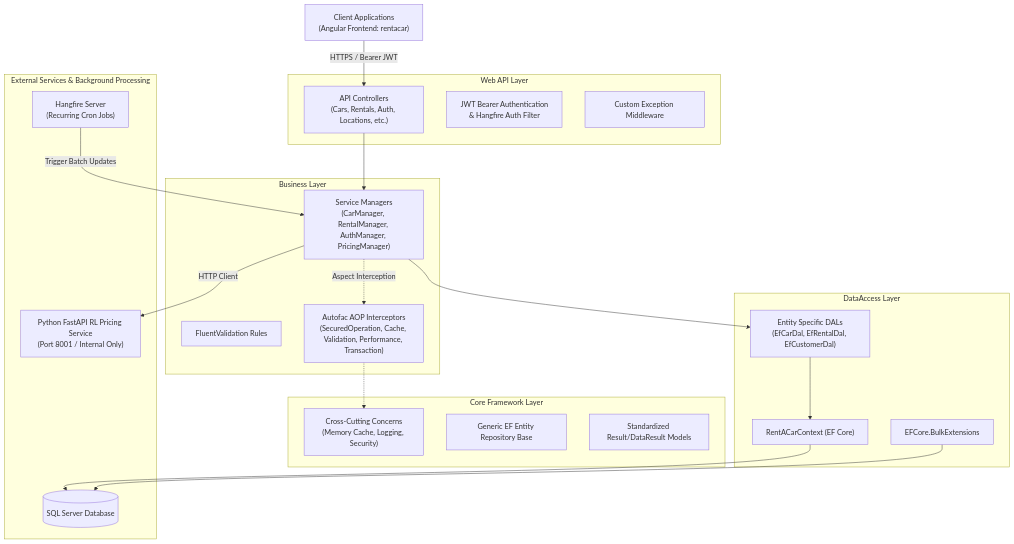
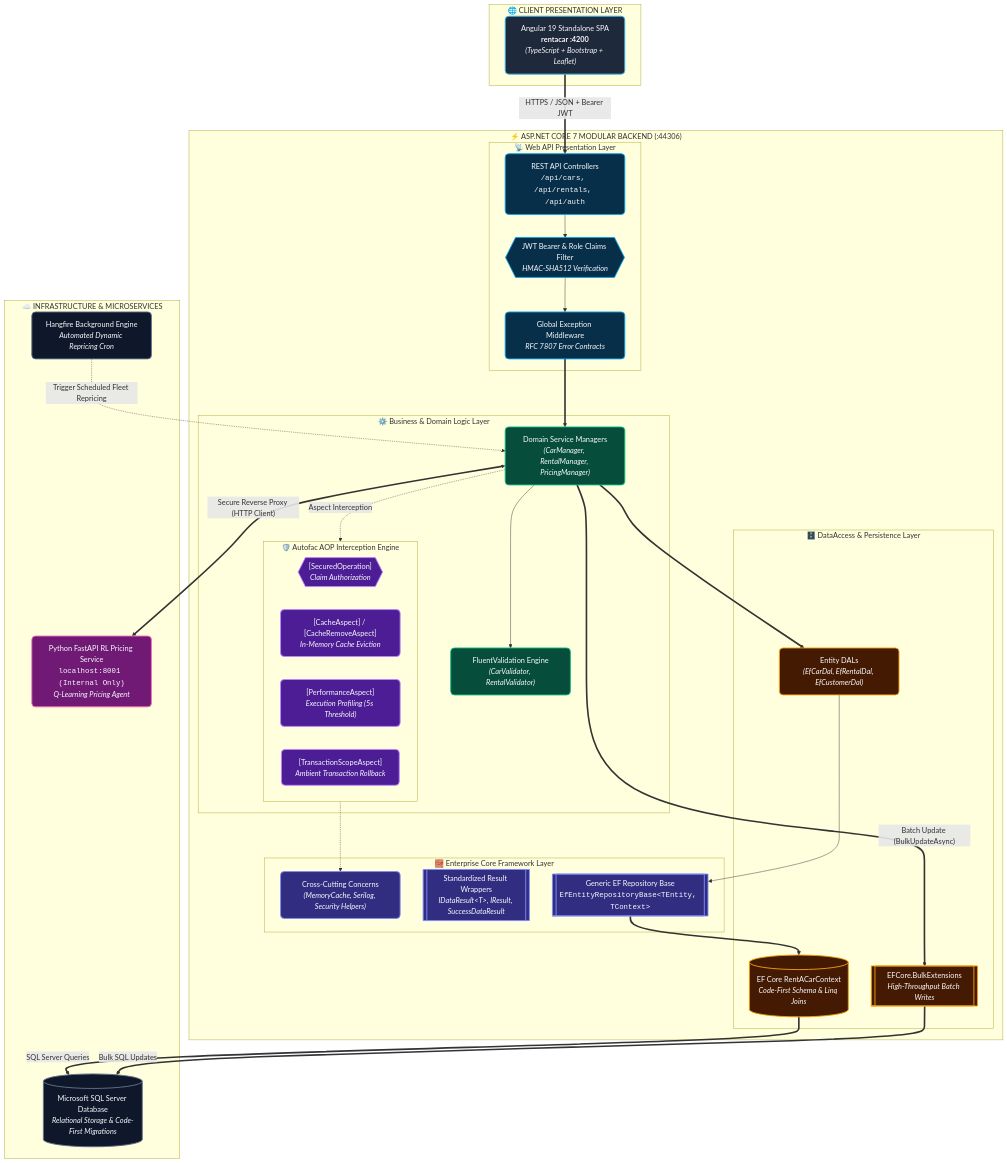
Before and after one commit to kamiltuncok/CarProject: the first of 2 diagrams in README.md, drawn with Mermaid. The commit also changed other lines of this file, not shown here.

Commit message:
readme diagram added

````diff
--- a/README.md
+++ b/README.md
@@ -21,45 +21,77 @@
 ```mermaid
-flowchart TD
-    Client["Client Applications<br/>(Angular Frontend: rentacar)"]
-    
-    subgraph WebAPI ["Web API Layer"]
-        Controllers["API Controllers<br/>(Cars, Rentals, Auth, Locations, etc.)"]
-        AuthFilter["JWT Bearer Authentication<br/>& Hangfire Auth Filter"]
-        Middleware["Custom Exception Middleware"]
-    end
-    
-    subgraph BusinessLayer ["Business Layer"]
-        Managers["Service Managers<br/>(CarManager, RentalManager, AuthManager, PricingManager)"]
-        Validation["FluentValidation Rules"]
-        AOP["Autofac AOP Interceptors<br/>(SecuredOperation, Cache, Validation, Performance, Transaction)"]
-    end
-    
-    subgraph CoreLayer ["Core Framework Layer"]
-        CrossCutting["Cross-Cutting Concerns<br/>(Memory Cache, Logging, Security)"]
-        BaseRepo["Generic EF Entity Repository Base"]
-        Results["Standardized Result/DataResult Models"]
-    end
-    
-    subgraph DataAccessLayer ["DataAccess Layer"]
-        DbContext["RentACarContext (EF Core)"]
-        DALs["Entity Specific DALs<br/>(EfCarDal, EfRentalDal, EfCustomerDal)"]
-        BulkOps["EFCore.BulkExtensions"]
+flowchart TB
+    %% ================= GLOBAL STYLES =================
+    classDef clientStyle fill:#1e293b,stroke:#38bdf8,stroke-width:2px,color:#f8fafc,rx:8,ry:8;
+    classDef apiStyle fill:#082f49,stroke:#0ea5e9,stroke-width:2px,color:#f8fafc,rx:8,ry:8;
+    classDef businessStyle fill:#064e3b,stroke:#10b981,stroke-width:2px,color:#f8fafc,rx:8,ry:8;
+    classDef aopStyle fill:#4c1d95,stroke:#c084fc,stroke-width:2px,color:#f8fafc,rx:8,ry:8;
+    classDef coreStyle fill:#312e81,stroke:#818cf8,stroke-width:2px,color:#f8fafc,rx:8,ry:8;
+    classDef dataStyle fill:#451a03,stroke:#f59e0b,stroke-width:2px,color:#f8fafc,rx:8,ry:8;
+    classDef infraStyle fill:#0f172a,stroke:#64748b,stroke-width:2px,color:#f8fafc,rx:8,ry:8;
+    classDef mlStyle fill:#701a75,stroke:#f472b6,stroke-width:2px,color:#f8fafc,rx:8,ry:8;
+
+    %% ================= CLIENT TIER =================
+    subgraph ClientTier [" 🌐 CLIENT PRESENTATION LAYER "]
+        Client["Angular 19 Standalone SPA<br/><b>rentacar :4200</b><br/><i>(TypeScript + Bootstrap + Leaflet)</i>"]:::clientStyle
     end
 
-    subgraph ExternalServices ["External Services & Background Processing"]
-        Hangfire["Hangfire Server<br/>(Recurring Cron Jobs)"]
-        RLService["Python FastAPI RL Pricing Service<br/>(Port 8001 / Internal Only)"]
-        SqlServer[("SQL Server Database")]
+    %% ================= BACKEND ONION LAYERS =================
+    subgraph BackendApp [" ⚡ ASP.NET CORE 7 MODULAR BACKEND (:44306) "]
+
+        subgraph WebApiTier [" 📡 Web API Presentation Layer "]
+            Controllers["REST API Controllers<br/><code>/api/cars, /api/rentals, /api/auth</code>"]:::apiStyle
+            JwtAuthFilter{{"JWT Bearer & Role Claims Filter<br/><i>HMAC-SHA512 Verification</i>"}}:::apiStyle
+            ExceptionMiddleware["Global Exception Middleware<br/><i>RFC 7807 Error Contracts</i>"]:::apiStyle
+        end
+
+        subgraph BusinessTier [" ⚙️ Business & Domain Logic Layer "]
+            Managers["Domain Service Managers<br/><i>(CarManager, RentalManager, PricingManager)</i>"]:::businessStyle
+            ValidationRules["FluentValidation Engine<br/><i>(CarValidator, RentalValidator)</i>"]:::businessStyle
+            
+            subgraph AopInterceptors [" 🛡️ Autofac AOP Interception Engine "]
+                SecuredAspect{{"[SecuredOperation]<br/><i>Claim Authorization</i>"}}:::aopStyle
+                CacheAspect["[CacheAspect] / [CacheRemoveAspect]<br/><i>In-Memory Cache Eviction</i>"]:::aopStyle
+                PerfAspect["[PerformanceAspect]<br/><i>Execution Profiling (5s Threshold)</i>"]:::aopStyle
+                TxAspect["[TransactionScopeAspect]<br/><i>Ambient Transaction Rollback</i>"]:::aopStyle
+            end
+        end
+
+        subgraph CoreTier [" 🧱 Enterprise Core Framework Layer "]
+            CrossCutting["Cross-Cutting Concerns<br/><i>(MemoryCache, Serilog, Security Helpers)</i>"]:::coreStyle
+            ResultModels[["Standardized Result Wrappers<br/><i>IDataResult&lt;T&gt;, IResult, SuccessDataResult</i>"]]:::coreStyle
+            BaseRepository[["Generic EF Repository Base<br/><code>EfEntityRepositoryBase&lt;TEntity, TContext&gt;</code>"]]:::coreStyle
+        end
+
+        subgraph DataAccessTier [" 🗄️ DataAccess & Persistence Layer "]
+            DbContext[("EF Core RentACarContext<br/><i>Code-First Schema & Linq Joins</i>")]:::dataStyle
+            EntityDALs["Entity DALs<br/><i>(EfCarDal, EfRentalDal, EfCustomerDal)</i>"]:::dataStyle
+            BulkExtensions[["EFCore.BulkExtensions<br/><i>High-Throughput Batch Writes</i>"]]:::dataStyle
+        end
     end
 
-    Client -->|HTTPS / Bearer JWT| Controllers
-    Controllers --> Managers
-    Managers -.->|Aspect Interception| AOP
-    AOP -.-> CrossCutting
-    Managers --> DALs
-    DALs --> DbContext
-    DbContext --> SqlServer
-    BulkOps --> SqlServer
-    Managers -->|HTTP Client| RLService
-    Hangfire -->|Trigger Batch Updates| Managers
+    %% ================= EXTERNAL & ML INFRASTRUCTURE =================
+    subgraph ExternalTier [" ☁️ INFRASTRUCTURE & MICROSERVICES "]
+        SqlServer[("Microsoft SQL Server Database<br/><i>Relational Storage & Code-First Migrations</i>")]:::infraStyle
+        HangfireServer["Hangfire Background Engine<br/><i>Automated Dynamic Repricing Cron</i>"]:::infraStyle
+        PythonRL["Python FastAPI RL Pricing Service<br/><code>localhost:8001 (Internal Only)</code><br/><i>Q-Learning Pricing Agent</i>"]:::mlStyle
+    end
+
+    %% ================= PIPELINE CONNECTIONS =================
+    Client ==>|"HTTPS / JSON + Bearer JWT"| Controllers
+    Controllers --> JwtAuthFilter
+    JwtAuthFilter --> ExceptionMiddleware
+    ExceptionMiddleware ==> Managers
+
+    Managers -.->|"Aspect Interception"| AopInterceptors
+    AopInterceptors -.-> CrossCutting
+    Managers --> ValidationRules
+    Managers ==> EntityDALs
+    EntityDALs --> BaseRepository
+    BaseRepository ==> DbContext
+    DbContext ==>|"SQL Server Queries"| SqlServer
+    Managers ==>|"Batch Update (BulkUpdateAsync)"| BulkExtensions
+    BulkExtensions ==>|"Bulk SQL Updates"| SqlServer
+
+    HangfireServer -.->|"Trigger Scheduled Fleet Repricing"| Managers
+    Managers <==>|"Secure Reverse Proxy (HTTP Client)"| PythonRL
 ```
````
